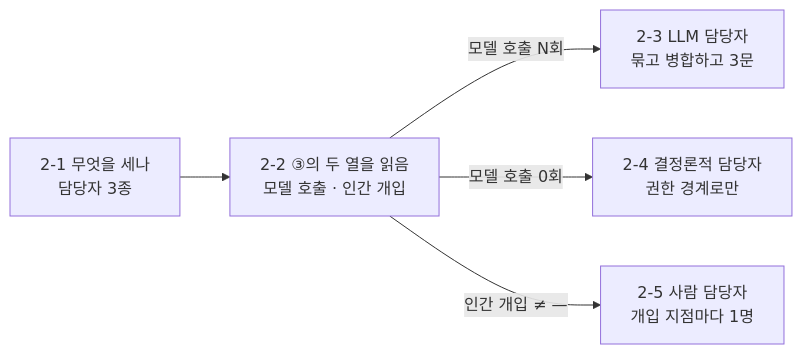
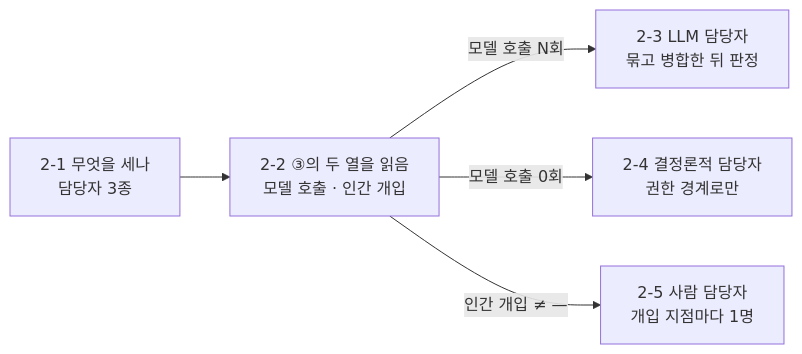
The second of 2 diagrams in design-architecture/guides/04-역할계약서-가이드.md (unicorn-campus/unicorn-skills), drawn with Mermaid before and after one commit. The commit also changed other lines of this file and 1 other file, not shown here.

First line of the commit message:
Simplify LLM 담당자 grouping test from 3 questions to one 3-criteria check

````diff
--- a/design-architecture/guides/04-역할계약서-가이드.md
+++ b/design-architecture/guides/04-역할계약서-가이드.md
@@ -63,7 +63,7 @@
 ```mermaid
 graph LR
   A["2-1 무엇을 세나<br/>담당자 3종"] --> B["2-2 ③의 두 열을 읽음<br/>모델 호출 · 인간 개입"]
-  B -->|"모델 호출 N회"| C["2-3 LLM 담당자<br/>묶고 병합하고 3문"]
+  B -->|"모델 호출 N회"| C["2-3 LLM 담당자<br/>묶고 병합한 뒤 판정"]
   B -->|"모델 호출 0회"| D["2-4 결정론적 담당자<br/>권한 경계로만"]
   B -->|"인간 개입 ≠ —"| E["2-5 사람 담당자<br/>개입 지점마다 1명"]
 ```
````
